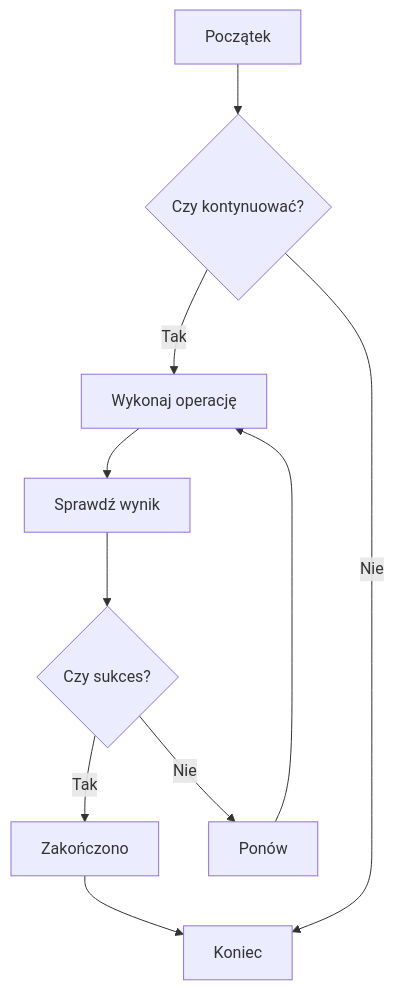
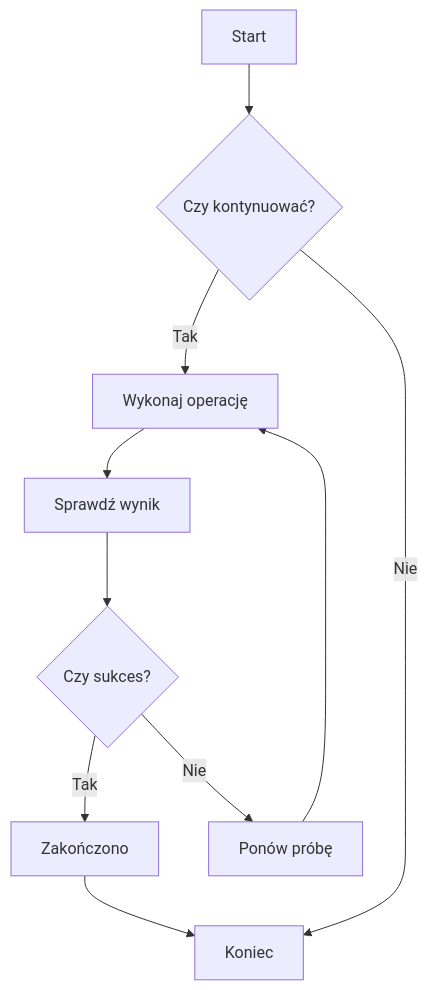
One commit to zccz14/CZON changed the first of 7 diagrams in .czon/src/pl-PL/8938d6aac9c056c06137a041b8e82379bfb619bb6d435b9ecec515337dd0cd69.md. Above: the diagram before and after it, drawn with Mermaid. The commit also changed other lines of this file and 148 other files, not shown here.

````diff
--- a/.czon/src/pl-PL/8938d6aac9c056c06137a041b8e82379bfb619bb6d435b9ecec515337dd0cd69.md
+++ b/.czon/src/pl-PL/8938d6aac9c056c06137a041b8e82379bfb619bb6d435b9ecec515337dd0cd69.md
@@ -23,12 +22,12 @@
 ```mermaid
 graph TD
-    A[Początek] --> B{Czy kontynuować?}
+    A[Start] --> B{Czy kontynuować?}
     B -->|Tak| C[Wykonaj operację]
     B -->|Nie| D[Koniec]
     C --> E[Sprawdź wynik]
     E --> F{Czy sukces?}
     F -->|Tak| G[Zakończono]
-    F -->|Nie| H[Ponów]
+    F -->|Nie| H[Ponów próbę]
     H --> C
     G --> D
 ```
````
